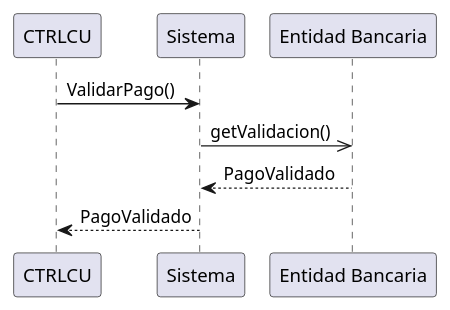
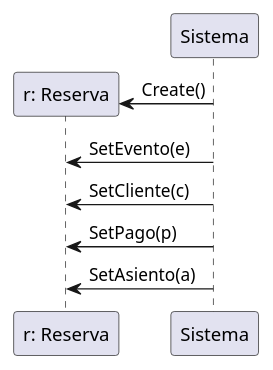
The third of 12 diagrams in tpi2/apunte.md (sandobaitt/TpDiseno), drawn with PlantUML before and after one commit. The commit also changed other lines of this file and 22 other files, not shown here.

````diff
--- a/tpi2/apunte.md
+++ b/tpi2/apunte.md
@@ -295,6 +231,8 @@
 ```plantuml
-CTRLCU -> Sistema: ValidarPago()
-Sistema ->> "Entidad Bancaria": getValidacion()
-"Entidad Bancaria" --> Sistema: PagoValidado
-Sistema --> CTRLCU: PagoValidado
+create "r: Reserva" as r
+Sistema -> r: Create()
+Sistema -> r: SetEvento(e)
+Sistema -> r: SetCliente(c)
+Sistema -> r: SetPago(p)
+Sistema -> r: SetAsiento(a)
 ```
````
